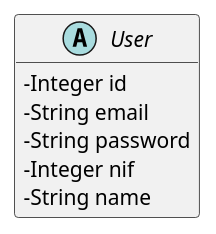
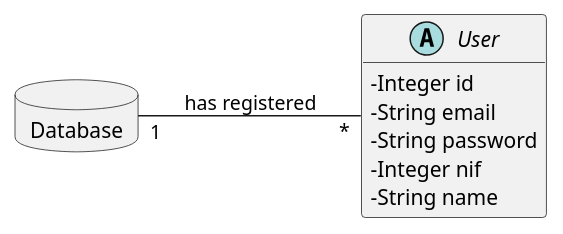
Before and after one commit to tiagoavcosta25/LAPR3: the diagram in docs/Iteration 2/User Management/Refinement/US68_Logout/US68_DM.puml, drawn with PlantUML. The commit also changed 4 other files, not shown here.

```diff
--- a/docs/Iteration 2/User Management/Refinement/US68_Logout/US68_DM.puml
+++ b/docs/Iteration 2/User Management/Refinement/US68_Logout/US68_DM.puml
@@ -1,20 +1,25 @@
 @startuml
 skinparam classAttributeIconSize 0
 hide methods
 left to right direction
 
 
 
 abstract class User{
 -Integer id
 -String email
 -String password
 -Integer nif
 -String name
 }
 
+database Database {
 
+}
+
+
+Database "1" -- "*" User : has registered
 
 
 
 @enduml
```
